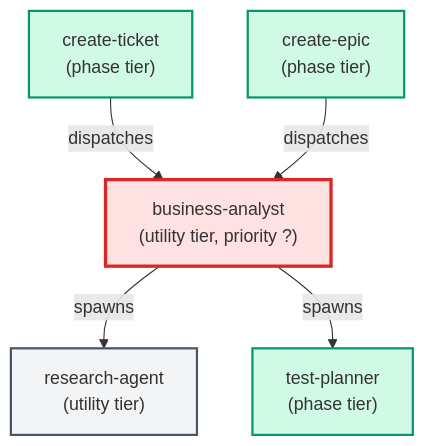
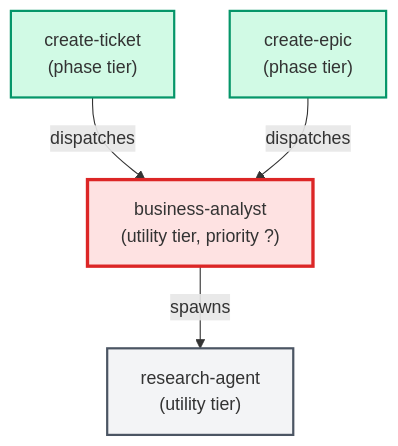
The diagram in docs/agents/cards/business-analyst.card.md (urlmonitor/leafcutter-ai), drawn with Mermaid before and after one commit. The commit also changed other lines of this file and 31 other files, not shown here.

First line of the commit message:
fix: resolve 14 consolidation-residue test failures and remove stale test-planner docs

````diff
--- a/docs/agents/cards/business-analyst.card.md
+++ b/docs/agents/cards/business-analyst.card.md
@@ -45,18 +45,16 @@
 ```mermaid
 flowchart TD
     classDef supervisor fill:#dbeafe,stroke:#2563eb,stroke-width:2px
     classDef phase fill:#d1fae5,stroke:#059669,stroke-width:2px
     classDef utility fill:#f3f4f6,stroke:#4b5563,stroke-width:2px
     classDef target fill:#fee2e2,stroke:#dc2626,stroke-width:3px
 
     create_ticket["create-ticket\n(phase tier)"]:::phase
     create_epic["create-epic\n(phase tier)"]:::phase
     business_analyst["business-analyst\n(utility tier, priority ?)"]:::target
     research_agent["research-agent\n(utility tier)"]:::utility
-    test_planner["test-planner\n(phase tier)"]:::phase
 
     create_ticket -->|dispatches| business_analyst
     create_epic -->|dispatches| business_analyst
     business_analyst -->|spawns| research_agent
-    business_analyst -->|spawns| test_planner
 ```
````
